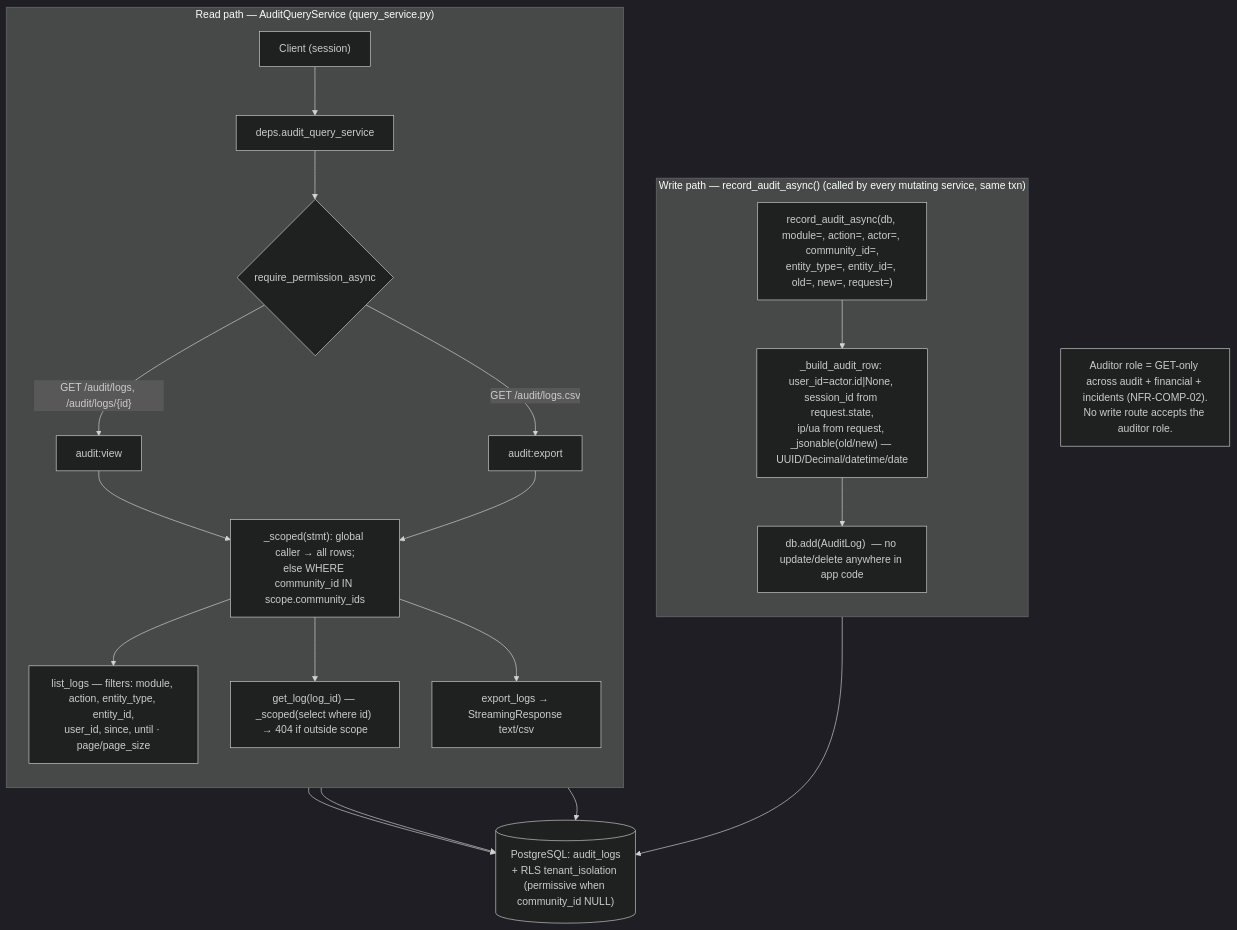
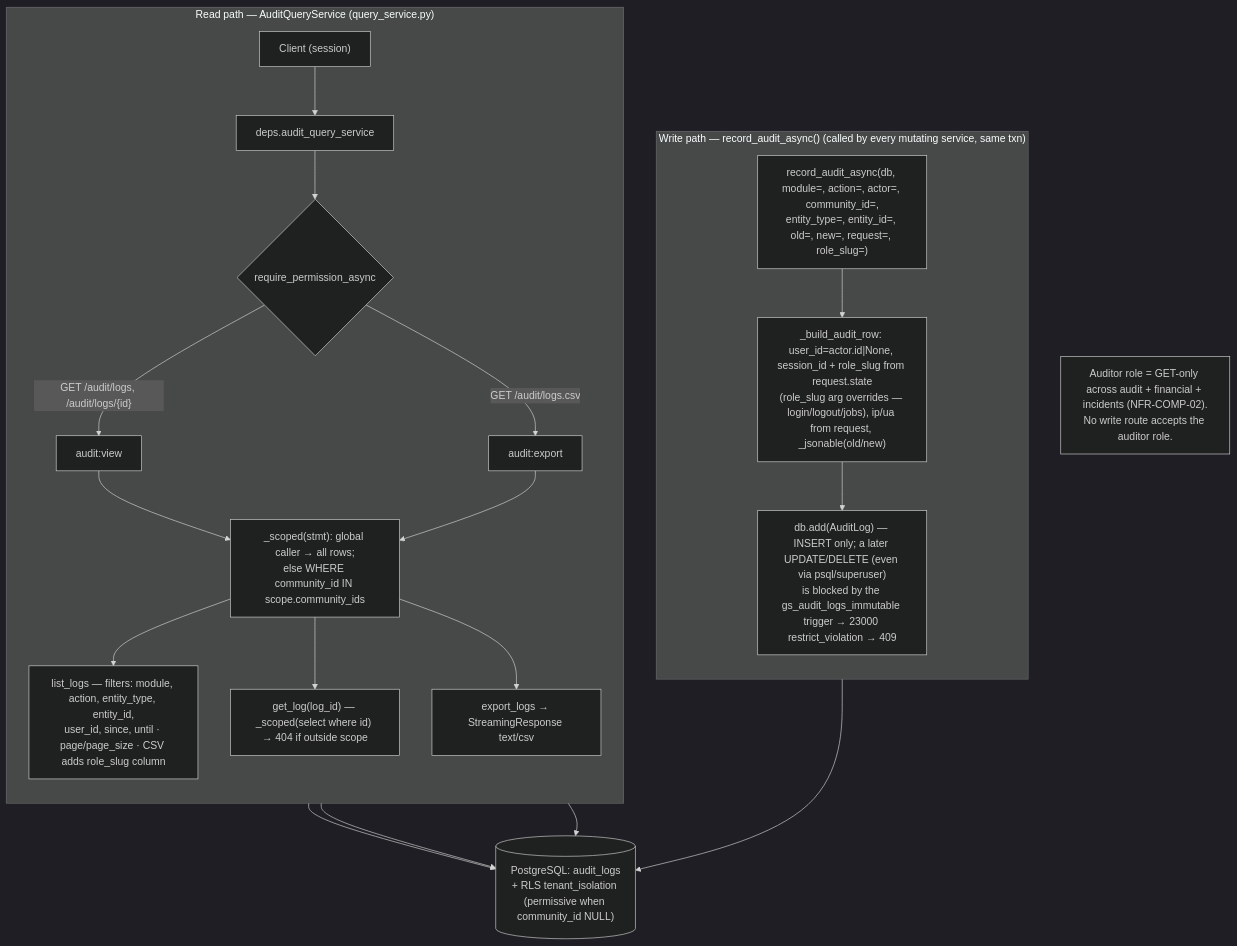
One commit to GaikawadaPrasad/GateSphere changed the diagram in docs/architecture/backend/modules/audit.mmd. Above: the diagram before and after it, drawn with Mermaid (dark theme). The commit also changed 8 other files, not shown here.

First line of the commit message:
feat(audit): DB-enforced immutability + point-in-time role (AUD-1, AUD-2)

```diff
--- a/docs/architecture/backend/modules/audit.mmd
+++ b/docs/architecture/backend/modules/audit.mmd
@@ -1,32 +1,33 @@
 %% Module: audit (FR-16) — immutable audit trail + read-only query API
 %% Files: app/modules/audit/{router,deps,service,query_service,models,schemas}.py
-%% audit_logs: community_id, user_id, session_id, module, action, entity_type, entity_id,
-%%             old_values, new_values, ip_address, user_agent, created_at  — INSERT ONLY
+%% audit_logs: community_id, user_id, session_id, role_slug (point-in-time), module, action,
+%%             entity_type, entity_id, old_values, new_values, ip_address, user_agent, created_at
+%% APPEND-ONLY — DB trigger gs_audit_logs_immutable (migration 0028) RAISEs on UPDATE/DELETE
 
 flowchart TD
     subgraph WRITE["Write path — record_audit_async() (called by every mutating service, same txn)"]
         direction TB
-        W1["record_audit_async(db, module=, action=, actor=, community_id=,<br/>entity_type=, entity_id=, old=, new=, request=)"]
-        W2["_build_audit_row: user_id=actor.id|None, session_id from request.state,<br/>ip/ua from request, _jsonable(old/new) — UUID/Decimal/datetime/date"]
-        W3["db.add(AuditLog)  — no update/delete anywhere in app code"]
+        W1["record_audit_async(db, module=, action=, actor=, community_id=,<br/>entity_type=, entity_id=, old=, new=, request=, role_slug=)"]
+        W2["_build_audit_row: user_id=actor.id|None, session_id + role_slug from request.state<br/>(role_slug arg overrides — login/logout/jobs), ip/ua from request, _jsonable(old/new)"]
+        W3["db.add(AuditLog) — INSERT only; a later UPDATE/DELETE (even via psql/superuser)<br/>is blocked by the gs_audit_logs_immutable trigger → 23000 restrict_violation → 409"]
     end
     W1 --> W2 --> W3 --> PG[("PostgreSQL: audit_logs<br/>+ RLS tenant_isolation (permissive when community_id NULL)")]
 
     subgraph READ["Read path — AuditQueryService (query_service.py)"]
         direction TB
         C["Client (session)"] --> DEP["deps.audit_query_service"]
         DEP --> G{"require_permission_async"}
         G -->|"GET /audit/logs, /audit/logs/{id}"| GV["audit:view"]
         G -->|"GET /audit/logs.csv"| GX["audit:export"]
 
         GV --> SC["_scoped(stmt): global caller → all rows;<br/>else WHERE community_id IN scope.community_ids"]
         GX --> SC
 
-        SC --> Q1["list_logs — filters: module, action, entity_type, entity_id,<br/>user_id, since, until · page/page_size"]
+        SC --> Q1["list_logs — filters: module, action, entity_type, entity_id,<br/>user_id, since, until · page/page_size · CSV adds role_slug column"]
         SC --> Q2["get_log(log_id) — _scoped(select where id) → 404 if outside scope"]
         SC --> Q3["export_logs → StreamingResponse text/csv"]
     end
 
     Q1 & Q2 & Q3 --> PG
 
     NOTE["Auditor role = GET-only across audit + financial + incidents (NFR-COMP-02).<br/>No write route accepts the auditor role."]
```
